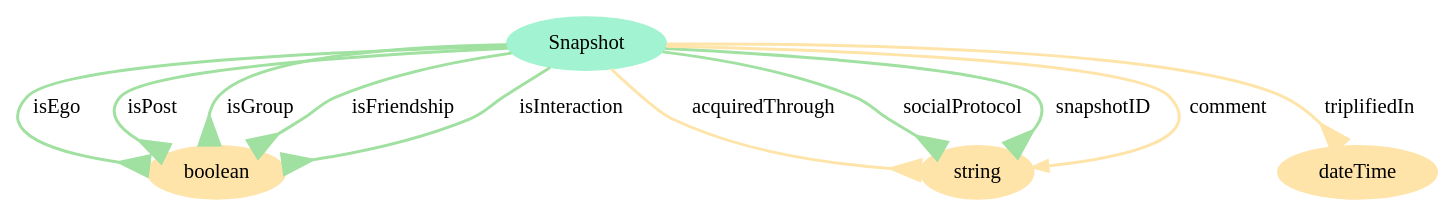
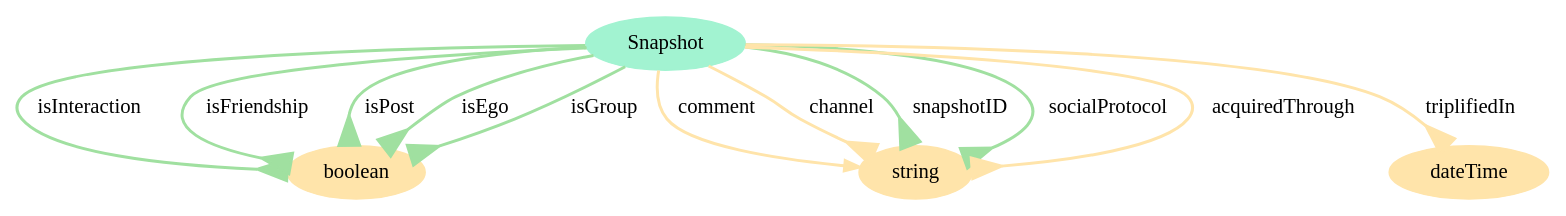
The diagram in ontologies/irc-legacy-hackerspace-cpsMeta.ttl/draw.dot (ttm/linkedOpenSocialData), drawn with Graphviz before and after one commit. The commit also changed 15 other files, not shown here.

```diff
--- a/ontologies/irc-legacy-hackerspace-cpsMeta.ttl/draw.dot
+++ b/ontologies/irc-legacy-hackerspace-cpsMeta.ttl/draw.dot
@@ -1,72 +1,78 @@
 digraph  {
 	node [label="\N"];
 	Snapshot	 [color="#A2F3D1",
 		style=filled];
 	1	 [color="#FFE4AA",
 		label=boolean,
 		style=filled];
 	Snapshot -> 1 [key="Snapshot-1-1",
 	arrowhead=inv,
 	arrowsize=2.0,
 	color="#A0E0A0",
-	label=isEgo,
+	label=isInteraction,
 	penwidth=2];
-Snapshot -> 1 [key="Snapshot-1-2",
+Snapshot -> 1 [key="Snapshot-1-6",
+arrowhead=inv,
+arrowsize=2.0,
+color="#A0E0A0",
+label=isFriendship,
+penwidth=2];
+Snapshot -> 1 [key="Snapshot-1-7",
 arrowhead=inv,
 arrowsize=2.0,
 color="#A0E0A0",
 label=isPost,
 penwidth=2];
-Snapshot -> 1 [key="Snapshot-1-5",
+Snapshot -> 1 [key="Snapshot-1-8",
+arrowhead=inv,
+arrowsize=2.0,
+color="#A0E0A0",
+label=isEgo,
+penwidth=2];
+Snapshot -> 1 [key="Snapshot-1-11",
 arrowhead=inv,
 arrowsize=2.0,
 color="#A0E0A0",
 label=isGroup,
 penwidth=2];
-Snapshot -> 1 [key="Snapshot-1-7",
-arrowhead=inv,
-arrowsize=2.0,
-color="#A0E0A0",
-label=isFriendship,
-penwidth=2];
-Snapshot -> 1 [key="Snapshot-1-10",
-arrowhead=inv,
-arrowsize=2.0,
-color="#A0E0A0",
-label=isInteraction,
-penwidth=2];
 2 [color="#FFE4AA",
 label=string,
 style=filled];
-Snapshot -> 2 [key="Snapshot-2-3",
-arrowhead=inv,
-arrowsize=2.0,
+Snapshot -> 2 [key="Snapshot-2-2",
 color="#FFE4AA",
-label=acquiredThrough,
+label=comment,
 penwidth=2];
 Snapshot -> 2 [key="Snapshot-2-4",
 arrowhead=inv,
 arrowsize=2.0,
-color="#A0E0A0",
-label=socialProtocol,
+color="#FFE4AA",
+label=channel,
 penwidth=2];
-Snapshot -> 2 [key="Snapshot-2-6",
+Snapshot -> 2 [key="Snapshot-2-5",
 arrowhead=inv,
 arrowsize=2.0,
 color="#A0E0A0",
 label=snapshotID,
 penwidth=2];
 Snapshot -> 2 [key="Snapshot-2-9",
+arrowhead=inv,
+arrowsize=2.0,
+color="#A0E0A0",
+label=socialProtocol,
+penwidth=2];
+Snapshot -> 2 [key="Snapshot-2-10",
+arrowhead=inv,
+arrowsize=2.0,
 color="#FFE4AA",
-label=comment,
+label=acquiredThrough,
 penwidth=2];
 3 [color="#FFE4AA",
 label=dateTime,
 style=filled];
-Snapshot -> 3 [key="Snapshot-3-8",
+Snapshot -> 3 [key="Snapshot-3-3",
 arrowhead=inv,
 arrowsize=2.0,
 color="#FFE4AA",
 label=triplifiedIn,
 penwidth=2];
 }
```
